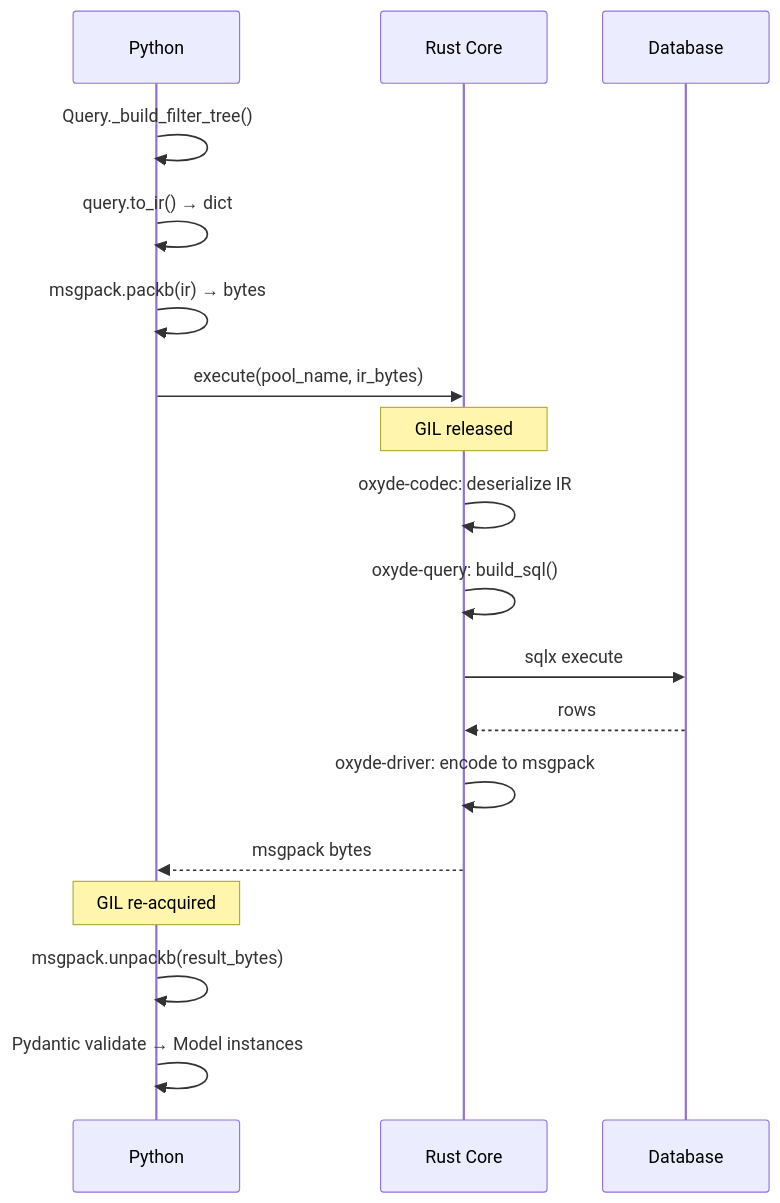
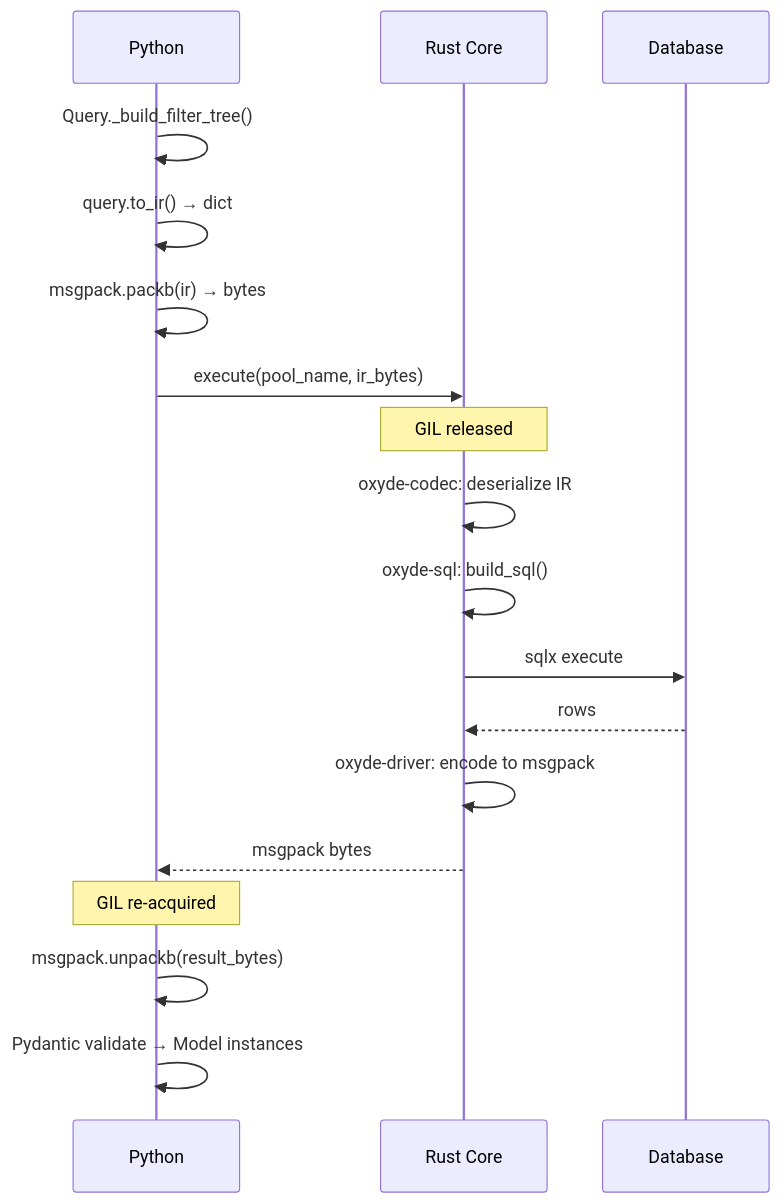
The second of 2 diagrams in docs/advanced/internals.md (mr-fatalyst/oxyde), drawn with Mermaid before and after one commit. The commit also changed other lines of this file and 80 other files, not shown here.

Commit message:
Restructure crates. all SQL generation in oxyde-sql (ex oxyde-query), migration contracts in oxyde-codec, migrate reduced to diff

````diff
--- a/docs/advanced/internals.md
+++ b/docs/advanced/internals.md
@@ -214,21 +214,21 @@
 ```mermaid
 sequenceDiagram
     participant P as Python
     participant R as Rust Core
     participant DB as Database
 
     P->>P: Query._build_filter_tree()
     P->>P: query.to_ir() → dict
     P->>P: msgpack.packb(ir) → bytes
     P->>R: execute(pool_name, ir_bytes)
     Note over R: GIL released
     R->>R: oxyde-codec: deserialize IR
-    R->>R: oxyde-query: build_sql()
+    R->>R: oxyde-sql: build_sql()
     R->>DB: sqlx execute
     DB-->>R: rows
     R->>R: oxyde-driver: encode to msgpack
     R-->>P: msgpack bytes
     Note over P: GIL re-acquired
     P->>P: msgpack.unpackb(result_bytes)
     P->>P: Pydantic validate → Model instances
 ```
````
